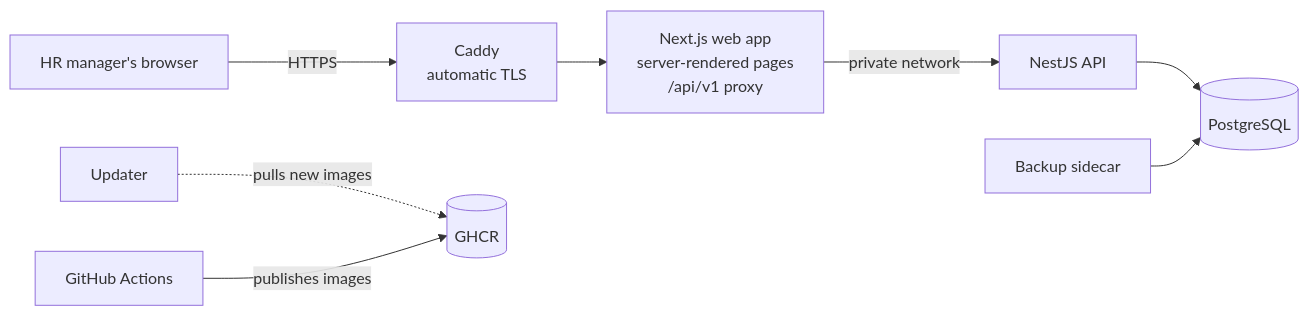
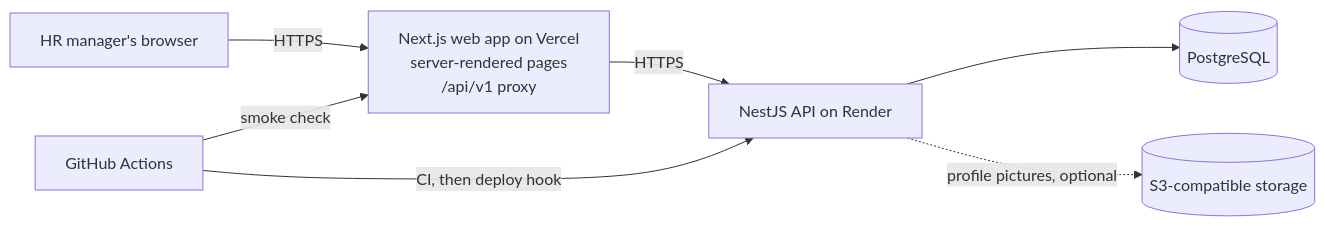
Before and after one commit to badmussodiq/acme-salary-management: the first of 4 diagrams in docs/architecture.md, drawn with Mermaid. The commit also changed other lines of this file and 70 other files, not shown here.

First line of the commit message:
feat: profile pictures, Render and Vercel deployment, simpler reference data and docs

````diff
--- a/docs/architecture.md
+++ b/docs/architecture.md
@@ -7,10 +7,9 @@
 ```mermaid
 flowchart LR
-    HR[HR manager's browser] -->|HTTPS| PROXY[Caddy<br/>automatic TLS]
-    PROXY --> WEB[Next.js web app<br/>server-rendered pages<br/>/api/v1 proxy]
-    WEB -->|private network| API[NestJS API]
+    HR[HR manager's browser] -->|HTTPS| WEB[Next.js web app on Vercel<br/>server-rendered pages<br/>/api/v1 proxy]
+    WEB -->|HTTPS| API[NestJS API on Render]
     API --> DB[(PostgreSQL)]
-    BACKUP[Backup sidecar] --> DB
-    UPDATER[Updater] -.->|pulls new images| REGISTRY[(GHCR)]
-    CI[GitHub Actions] -->|publishes images| REGISTRY
+    API -.->|profile pictures, optional| S3[(S3-compatible storage)]
+    GH[GitHub Actions] -->|CI, then deploy hook| API
+    GH -->|smoke check| WEB
 ```
````
